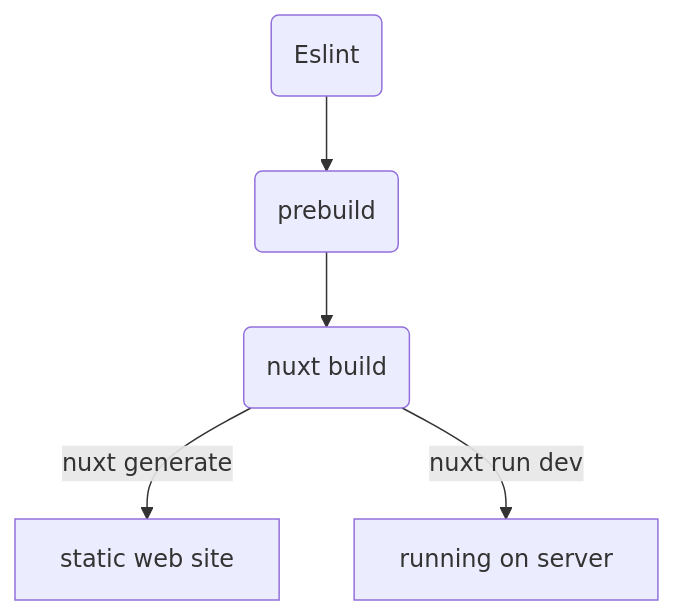
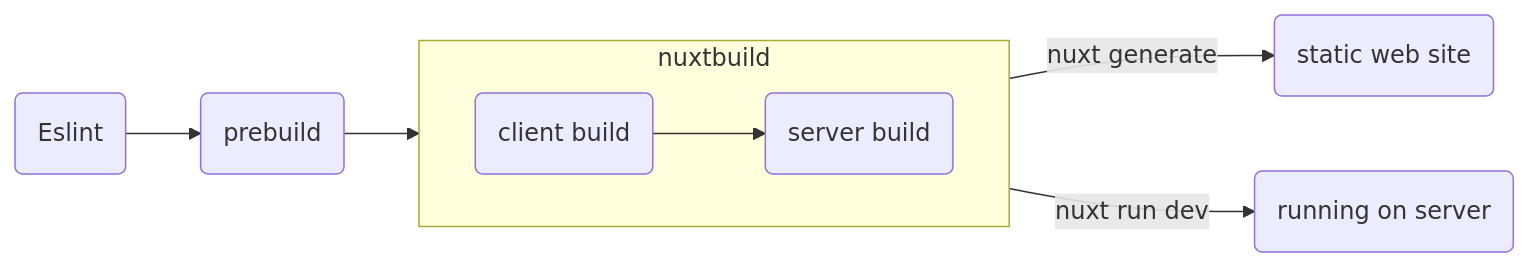
One commit to mouseless/learn-nuxt changed the third of 3 diagrams in README.md. Above: the diagram before and after it, drawn with Mermaid.

Commit message:
update diagram

````diff
--- a/README.md
+++ b/README.md
@@ -337,7 +337,11 @@
 ```mermaid
-flowchart TD
+flowchart LR
+    subgraph nuxtbuild
+        direction LR
+        CB(client build) --> SB(server build)
+    end
     E(Eslint) --> P(prebuild)
-    P --> NB(nuxt build)
-    NB -->|nuxt generate| SWS[static web site]
-    NB -->|nuxt run dev| OS[running on server]
+    P --> nuxtbuild(nuxt build)
+    nuxtbuild -->|nuxt generate| SWS(static web site)
+    nuxtbuild -->|nuxt run dev| OS(running on server)
 ```
````
